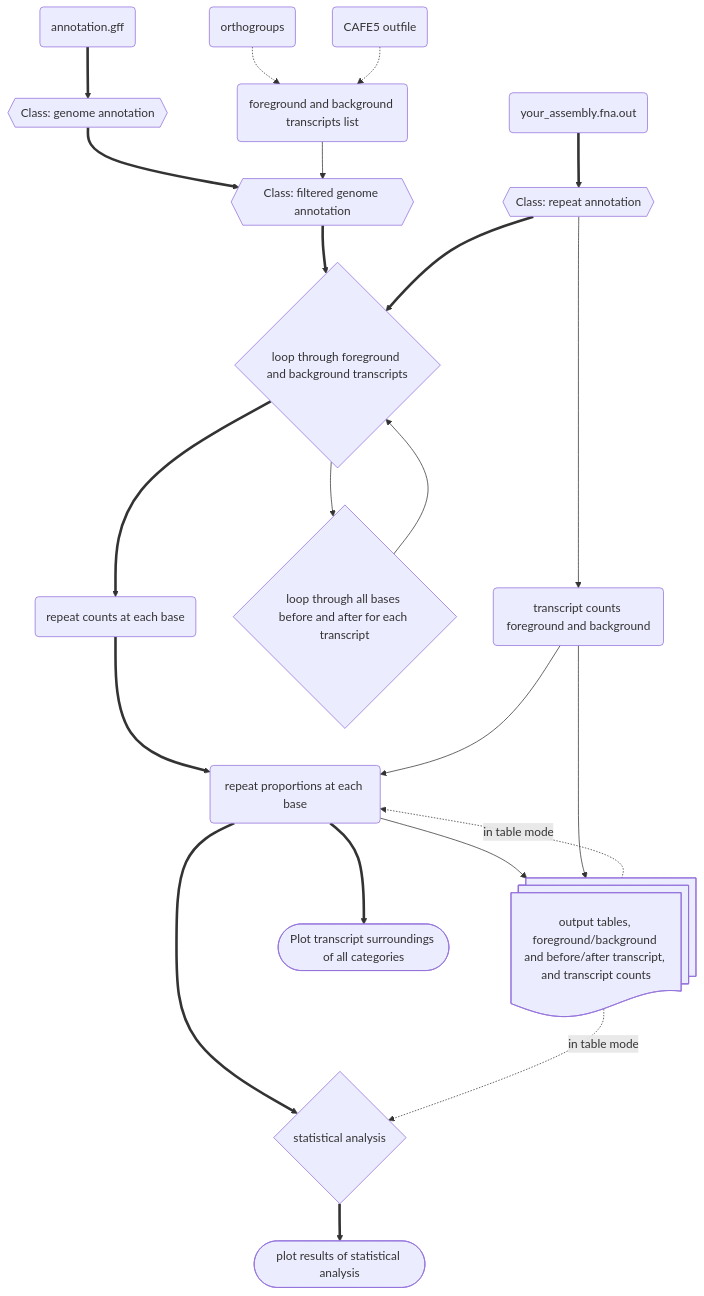
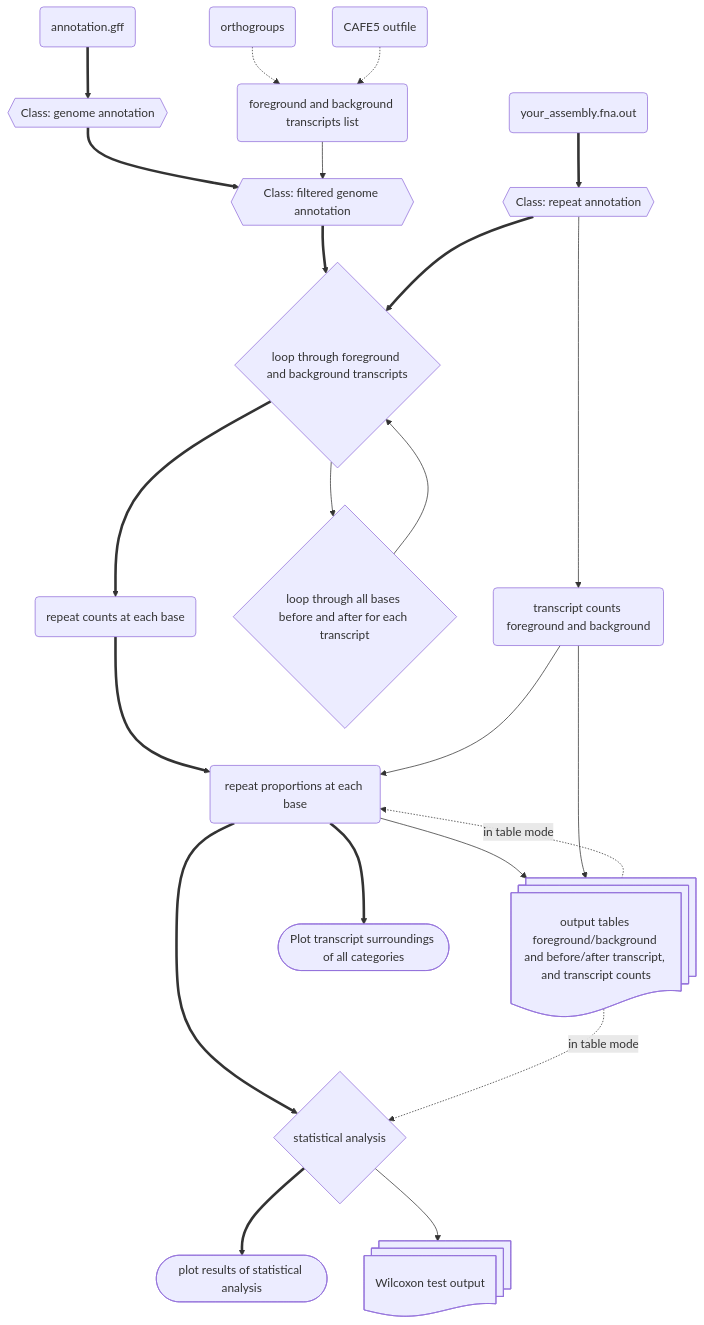
Before and after one commit to milena-t/ReVis: the second of 2 diagrams in README.md, drawn with Mermaid.

Commit message:
add stats out

````diff
--- a/README.md
+++ b/README.md
@@ -269,39 +269,40 @@
 ```mermaid
 graph TD;
     infile_out(your_assembly.fna.out);
     infile_out ==> rep_annot{{Class: repeat annotation}};
     rep_annot --> tr_count(transcript counts foreground and background);
 
     infile_annot(annotation.gff);
     infile_annot ==> gene_annot{{Class: genome annotation}};
 
     OGs(orthogroups);
     CAFE(CAFE5 outfile);
 
     OGs -.-> tr_list(foreground and background transcripts list);
     CAFE -.-> tr_list
 
     gene_annot ==> filt_gene_annot{{Class: filtered genome annotation}};
     tr_list --> filt_gene_annot
     
     filt_gene_annot ==> loop_tr{loop through foreground and background transcripts};
     rep_annot ==> loop_tr
     loop_bp{loop through all bases before and after for each transcript};
     loop_tr --> loop_bp
     loop_bp --> loop_tr
 
     loop_tr ==> rep_counts(repeat counts at each base);
     rep_counts ==> rep_prop(repeat proportions at each base);
     tr_count --> rep_prop
 
-    rep_prop --> out_tab@{ shape: docs, label: "output tables, foreground/background and before/after transcript, and transcript counts" };
+    rep_prop --> out_tab@{ shape: docs, label: "output tables foreground/background and before/after transcript, and transcript counts" };
     tr_count --> out_tab
 
     rep_prop ==> stats{statistical analysis};
     rep_prop ==> plot_all([Plot transcript surroundings of all categories])
 
     stats ==> stats_out([plot results of statistical analysis]) 
+    stats --> stats_tab@{ shape: docs, label: "Wilcoxon test output" };
 
     out_tab -. in table mode .-> stats
     out_tab -. in table mode .-> rep_prop
 ```   
````
